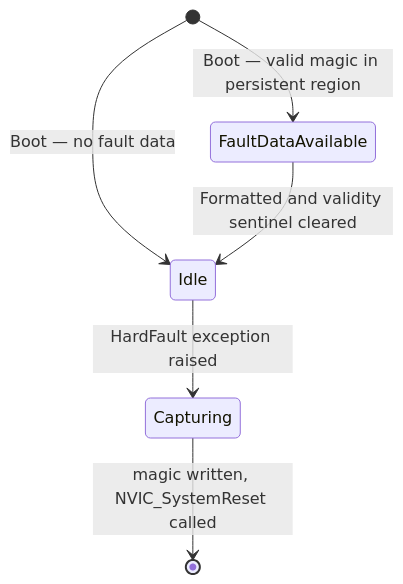
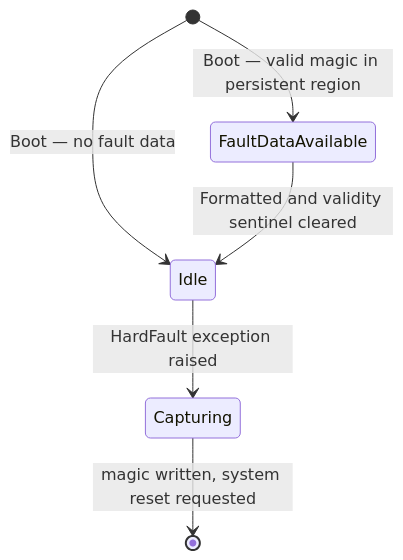
The first of 3 diagrams in documentation/design/error-handling.md (embedded-pro/e-foc), drawn with Mermaid before and after one commit. The commit also changed other lines of this file and 79 other files, not shown here.

````diff
--- a/documentation/design/error-handling.md
+++ b/documentation/design/error-handling.md
@@ -283,8 +275,8 @@
 ```mermaid
 stateDiagram-v2
     [*] --> Idle : Boot — no fault data
     [*] --> FaultDataAvailable : Boot — valid magic in persistent region
     FaultDataAvailable --> Idle : Formatted and validity sentinel cleared
     Idle --> Capturing : HardFault exception raised
-    Capturing --> [*] : magic written, NVIC_SystemReset called
+    Capturing --> [*] : magic written, system reset requested
 ```
````
